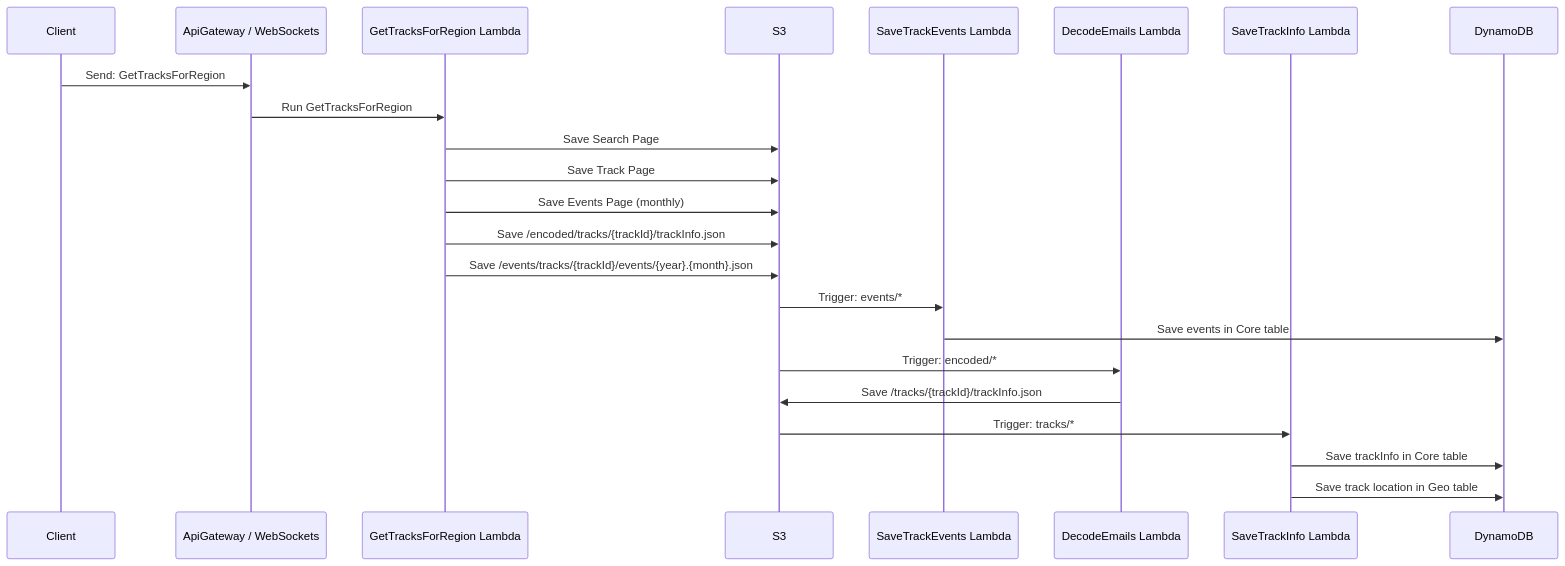
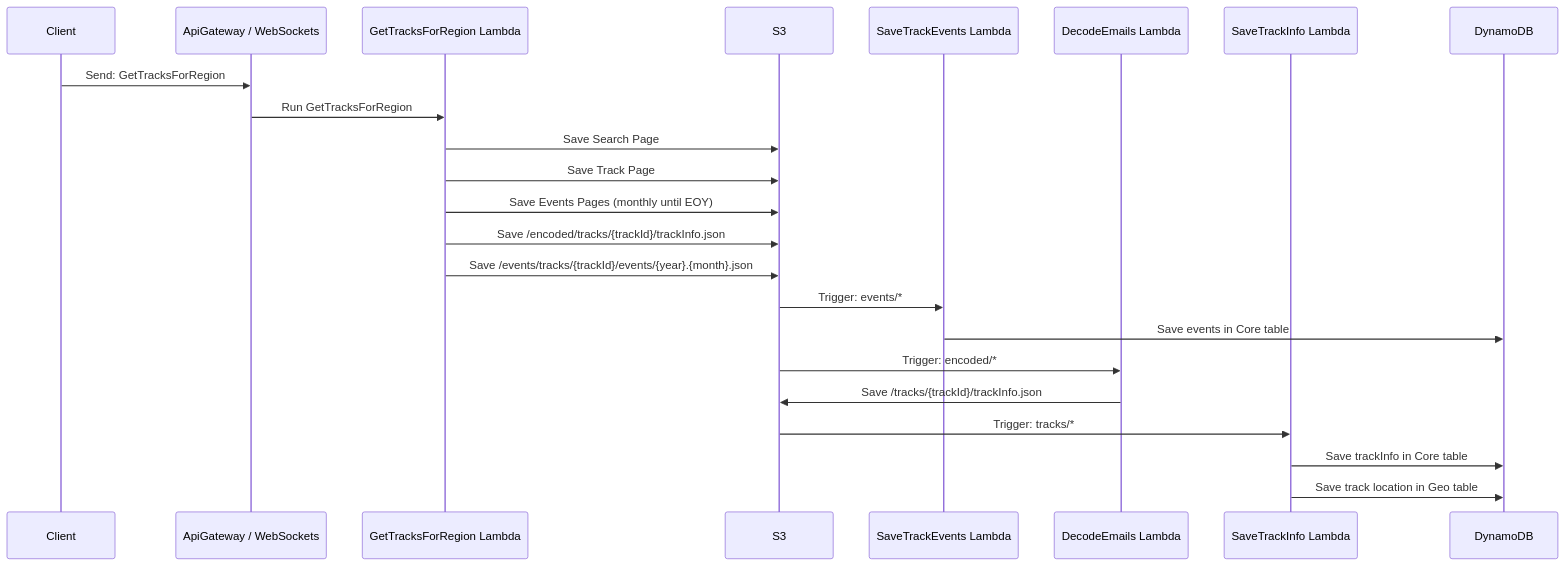
Before and after one commit to kfinley/holeshot: the diagram in services/Crawler/Readme.md, drawn with Mermaid. The commit also changed other lines of this file and 2 other files, not shown here.

Commit message:
update: Get events nearby wip - try/catch and logging

````diff
--- a/services/Crawler/Readme.md
+++ b/services/Crawler/Readme.md
@@ -5,25 +5,25 @@
 ```mermaid
 sequenceDiagram
     participant Client
     participant ApiGateway / WebSockets
     participant GetTracksForRegion Lambda
     participant S3
     participant SaveTrackEvents Lambda
     participant DecodeEmails Lambda
     participant SaveTrackInfo Lambda
     participant DynamoDB
     Client->>ApiGateway / WebSockets: Send: GetTracksForRegion
     ApiGateway / WebSockets->>GetTracksForRegion Lambda: Run GetTracksForRegion
     GetTracksForRegion Lambda->>S3: Save Search Page
     GetTracksForRegion Lambda->>S3: Save Track Page
-    GetTracksForRegion Lambda->>S3: Save Events Page (monthly)
+    GetTracksForRegion Lambda->>S3: Save Events Pages (monthly until EOY)
     GetTracksForRegion Lambda->>S3: Save /encoded/tracks/{trackId}/trackInfo.json
     GetTracksForRegion Lambda->>S3: Save /events/tracks/{trackId}/events/{year}.{month}.json
     S3->>SaveTrackEvents Lambda: Trigger: events/*
     SaveTrackEvents Lambda->>DynamoDB: Save events in Core table
     S3->>DecodeEmails Lambda: Trigger: encoded/*
     DecodeEmails Lambda->>S3: Save /tracks/{trackId}/trackInfo.json
     S3->>SaveTrackInfo Lambda: Trigger: tracks/*
     SaveTrackInfo Lambda->>DynamoDB: Save trackInfo in Core table
     SaveTrackInfo Lambda->>DynamoDB: Save track location in Geo table
 ```
````
